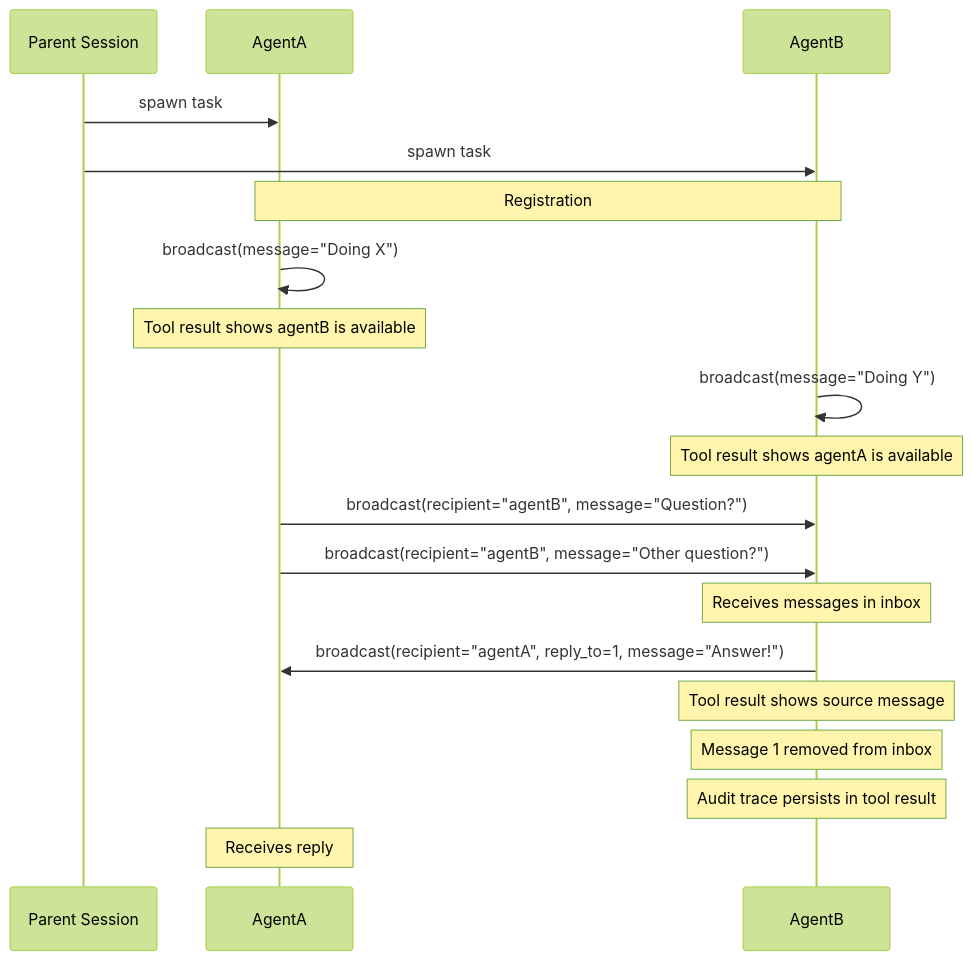
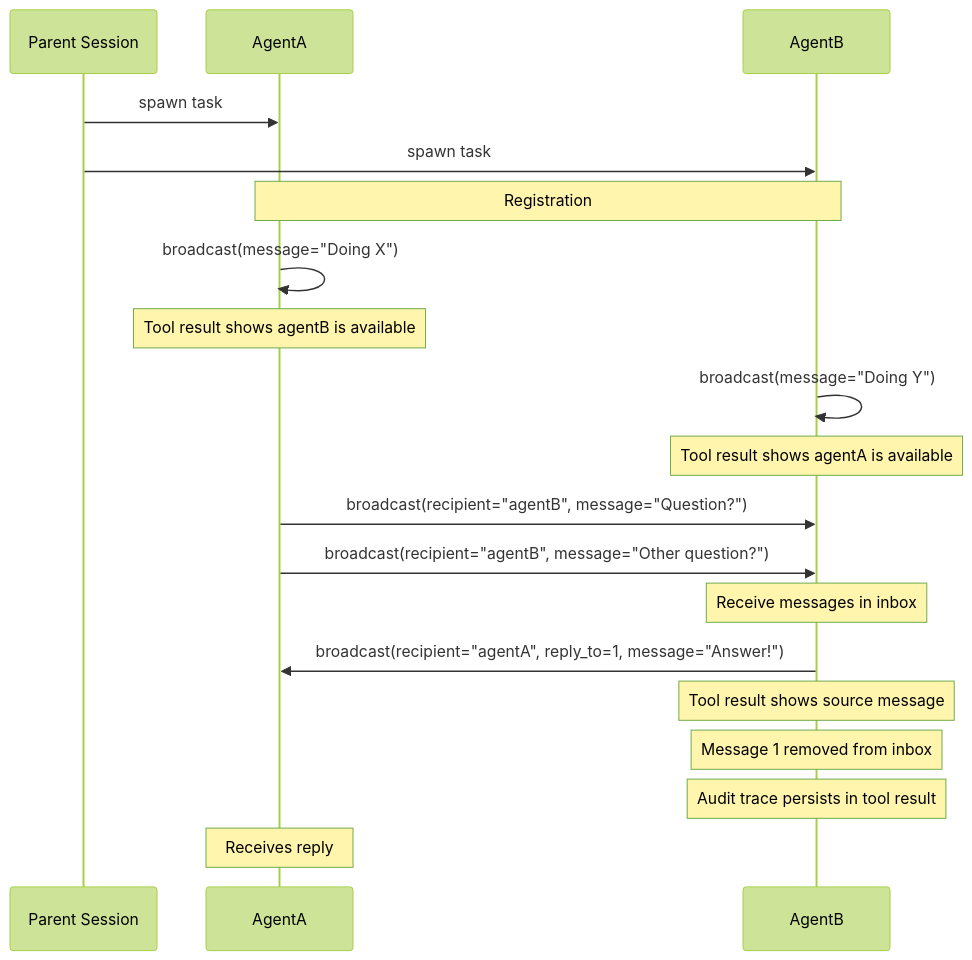
One commit to spoons-and-mirrors/iam changed the diagram in README.md. Above: the diagram before and after it, drawn with Mermaid (forest theme).

````diff
--- a/README.md
+++ b/README.md
@@ -11,29 +11,29 @@
 ```mermaid
 sequenceDiagram
     participant Parent as Parent Session
     participant A as AgentA
     participant B as AgentB
 
     Parent->>A: spawn task
     Parent->>B: spawn task
 
     Note over A,B: Registration
 
     A->>A: broadcast(message="Doing X")
     Note over A: Tool result shows agentB is available
 
     B->>B: broadcast(message="Doing Y")
     Note over B: Tool result shows agentA is available
 
     A->>B: broadcast(recipient="agentB", message="Question?")
     A->>B: broadcast(recipient="agentB", message="Other question?")
 
-    Note over B: Receives messages in inbox
+    Note over B: Receive messages in inbox
 
     B->>A: broadcast(recipient="agentA", reply_to=1, message="Answer!")
     Note over B: Tool result shows source message
     Note over B: Message 1 removed from inbox
     Note over B: Audit trace persists in tool result
 
     Note over A: Receives reply
 ```
````
